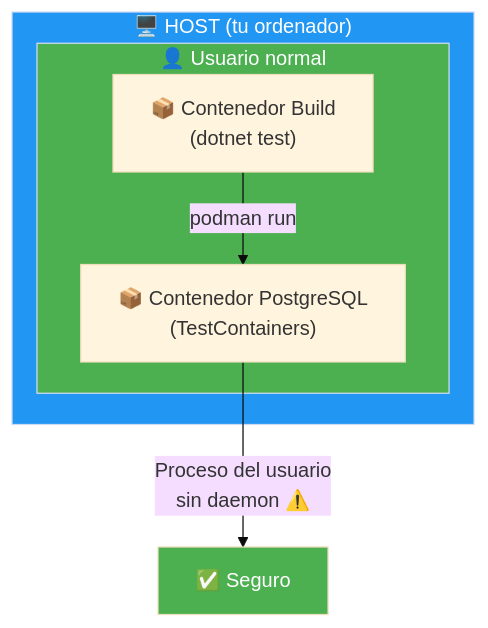
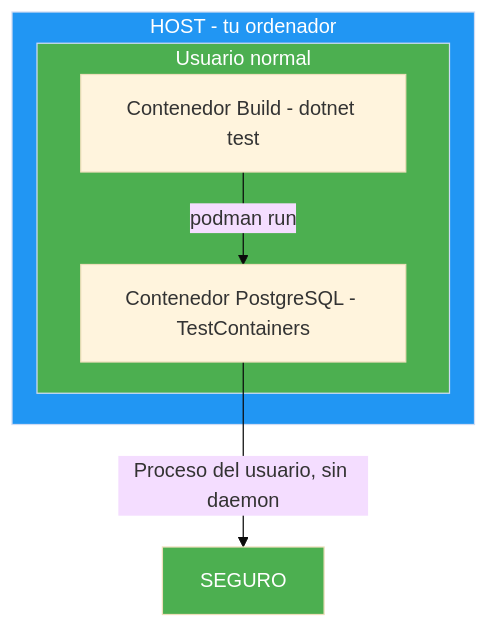
Before and after one commit to joseluisgs/DesarrolloWebEntornosServidor-01-2026-2027: the third of 3 diagrams in 22-testing-avanzado.md, drawn with Mermaid (base theme). The commit also changed other lines of this file and 1 other file, not shown here.

First line of the commit message:
[fix] Corregir sintaxis Mermaid en diagramas Docker-in-Docker

````diff
--- a/22-testing-avanzado.md
+++ b/22-testing-avanzado.md
@@ -592,14 +592,14 @@
 ```mermaid
 graph TD
-    subgraph HOST["🖥️ HOST (tu ordenador)"]
-        subgraph USER["👤 Usuario normal"]
-            A["📦 Contenedor Build<br/>(dotnet test)"] -->|"podman run"| B["📦 Contenedor PostgreSQL<br/>(TestContainers)"]
+    subgraph HOST["HOST - tu ordenador"]
+        subgraph USER["Usuario normal"]
+            A["Contenedor Build - dotnet test"] -->|"podman run"| B["Contenedor PostgreSQL - TestContainers"]
         end
     end
 
-    B -->|"Proceso del usuario<br/>sin daemon ⚠️"| C["✅ Seguro"]
+    B -->|"Proceso del usuario, sin daemon"| C["SEGURO"]
 
     style HOST fill:#2196F3,color:#fff
     style USER fill:#4CAF50,color:#fff
     style C fill:#4CAF50,color:#fff
 ```
````
